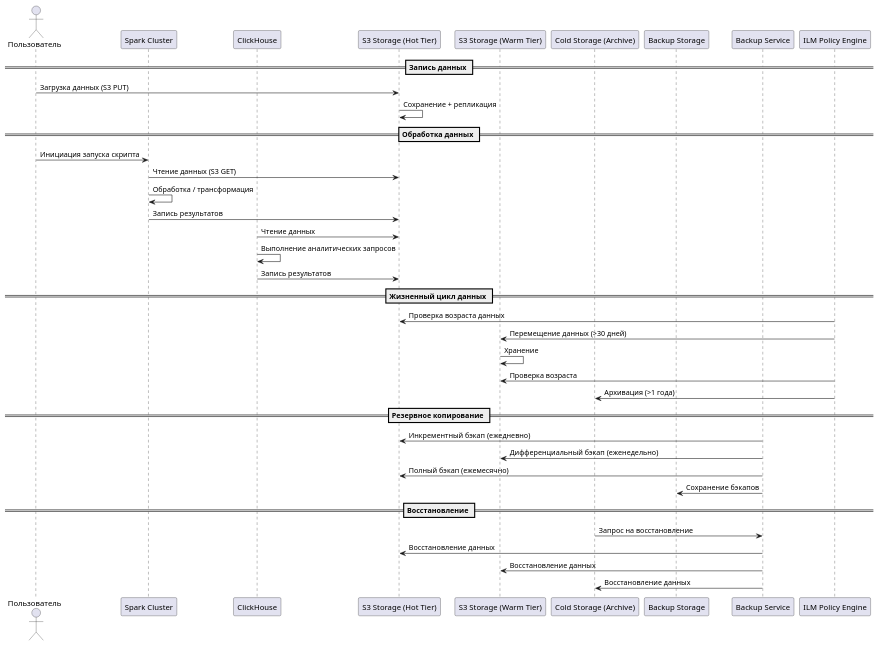
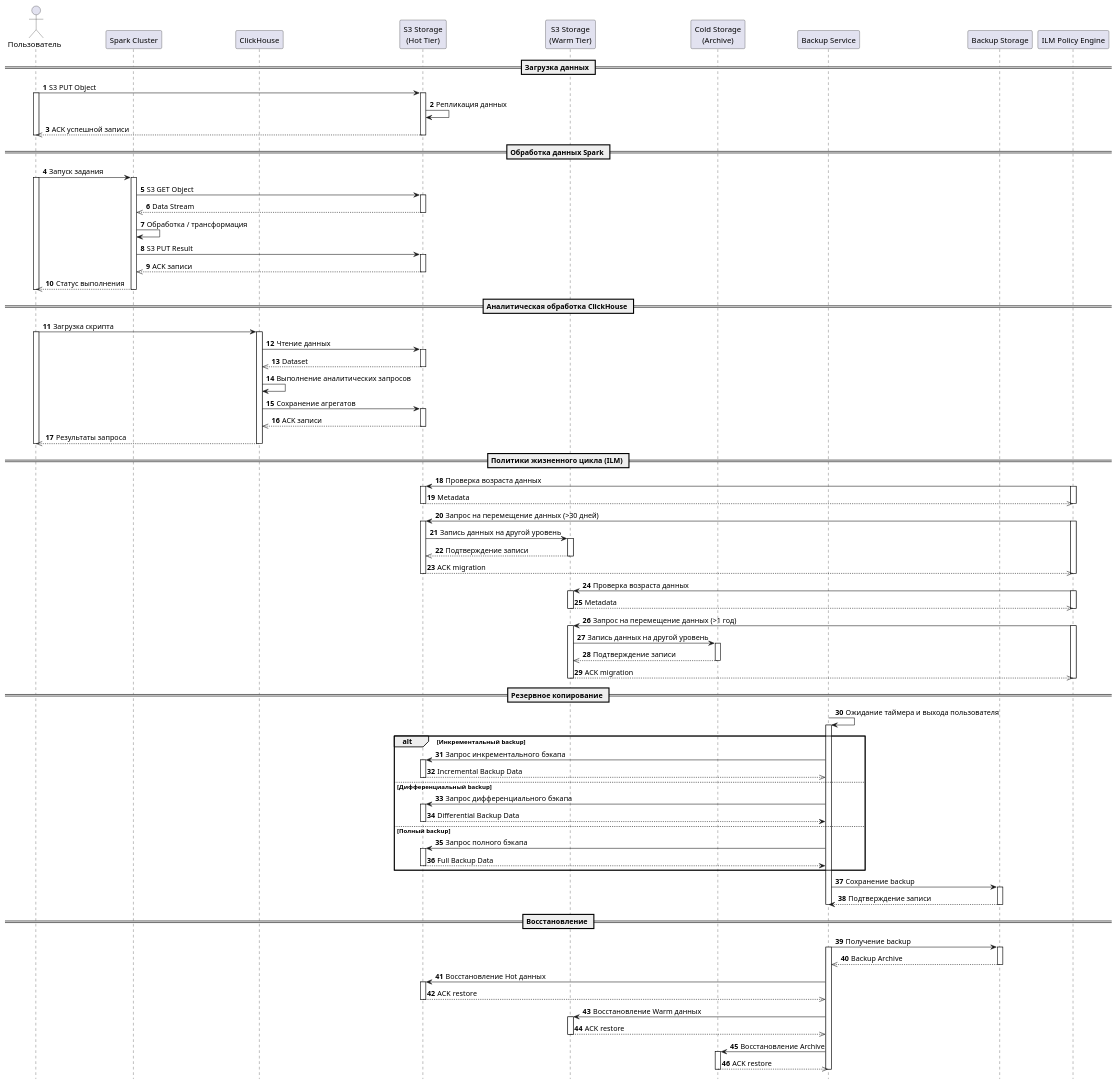
Before and after one commit to Vovik48rus/Data-storage-systems-6-semester-Mirea-: the diagram in ПР3/README.wsd, drawn with PlantUML. The commit also changed 3 other files, not shown here.

```diff
--- a/ПР3/README.wsd
+++ b/ПР3/README.wsd
@@ -1,47 +1,162 @@
 @startuml
+autonumber
+hide footbox
+
 actor "Пользователь" as User
+
 participant "Spark Cluster" as Spark
 participant "ClickHouse" as CH
-participant "S3 Storage (Hot Tier)" as Hot
-participant "S3 Storage (Warm Tier)" as Warm
-participant "Cold Storage (Archive)" as Cold
+
+participant "S3 Storage\n(Hot Tier)" as Hot
+participant "S3 Storage\n(Warm Tier)" as Warm
+participant "Cold Storage\n(Archive)" as Cold
+
+participant "Backup Service" as BackupService
 participant "Backup Storage" as Backup
-participant "Backup Service" as BackupSer
+
 participant "ILM Policy Engine" as ILM
 
-== Запись данных ==
-User -> Hot: Загрузка данных (S3 PUT)
-Hot -> Hot: Сохранение + репликация
+== Загрузка данных ==
 
-== Обработка данных ==
-User -> Spark: Инициация запуска скрипта
-Spark -> Hot: Чтение данных (S3 GET)
-Spark -> Spark: Обработка / трансформация
-Spark -> Hot: Запись результатов
+User -> Hot : S3 PUT Object
+activate User
+activate Hot
+Hot -> Hot : Репликация данных
+Hot -->> User : ACK успешной записи
+deactivate Hot
+deactivate User
 
-CH -> Hot: Чтение данных
-CH -> CH: Выполнение аналитических запросов
-CH -> Hot: Запись результатов
+== Обработка данных Spark ==
 
-== Жизненный цикл данных ==
-ILM -> Hot: Проверка возраста данных
-ILM -> Warm: Перемещение данных (>30 дней)
-Warm -> Warm: Хранение
+User -> Spark : Запуск задания
+activate User
+activate Spark
 
-ILM -> Warm: Проверка возраста
-ILM -> Cold: Архивация (>1 года)
+Spark -> Hot : S3 GET Object
+activate Hot
+Hot -->> Spark : Data Stream
+deactivate Hot
+
+Spark -> Spark : Обработка / трансформация
+
+Spark -> Hot : S3 PUT Result
+activate Hot
+Hot -->> Spark : ACK записи
+deactivate Hot
+
+Spark -->> User : Статус выполнения
+deactivate Spark
+deactivate User
+
+== Аналитическая обработка ClickHouse ==
+
+User -> CH : Загрузка скрипта
+activate User
+activate CH
+CH -> Hot : Чтение данных
+activate Hot
+Hot -->> CH : Dataset
+deactivate Hot
+
+CH -> CH : Выполнение аналитических запросов
+
+CH -> Hot : Сохранение агрегатов
+activate Hot
+Hot -->> CH : ACK записи
+deactivate Hot
+
+CH -->> User : Результаты запроса
+deactivate CH
+deactivate User
+
+== Политики жизненного цикла (ILM) ==
+
+ILM -> Hot : Проверка возраста данных
+activate ILM
+activate Hot
+Hot -->> ILM : Metadata
+deactivate Hot
+deactivate ILM
+
+ILM -> Hot : Запрос на перемещение данных (>30 дней)
+activate ILM
+activate Hot
+Hot -> Warm : Запись данных на другой уровень
+activate Warm
+Warm -->> Hot : Подтверждение записи
+deactivate Warm
+Hot -->> ILM : ACK migration
+deactivate Hot
+deactivate ILM
+
+ILM -> Warm : Проверка возраста данных
+activate ILM
+activate Warm
+Warm -->> ILM : Metadata
+deactivate Warm
+deactivate ILM
+
+ILM -> Warm : Запрос на перемещение данных (>1 год)
+activate ILM
+activate Warm
+Warm -> Cold : Запись данных на другой уровень
+activate Cold
+Cold -->> Warm : Подтверждение записи
+deactivate Cold
+Warm -->> ILM : ACK migration
+deactivate Warm
+deactivate ILM
 
 == Резервное копирование ==
-BackupSer -> Hot: Инкрементный бэкап (ежедневно)
-BackupSer -> Warm: Дифференциальный бэкап (еженедельно)
-BackupSer -> Hot: Полный бэкап (ежемесячно)
 
-BackupSer -> Backup: Сохранение бэкапов
+BackupService -> BackupService : Ожидание таймера и выхода пользователя
+activate BackupService
+
+alt Инкрементальный backup
+    BackupService -> Hot : Запрос инкрементального бэкапа
+    activate Hot
+    Hot -->> BackupService : Incremental Backup Data
+    deactivate Hot
+else Дифференциальный backup
+    BackupService -> Hot : Запрос дифференциального бэкапа
+    activate Hot
+    Hot --> BackupService : Differential Backup Data
+    deactivate Hot
+else Полный backup
+    BackupService -> Hot : Запрос полного бэкапа
+    activate Hot
+    Hot --> BackupService : Full Backup Data
+    deactivate Hot
+end
+
+BackupService -> Backup : Сохранение backup
+activate Backup
+Backup --> BackupService : Подтверждение записи
+deactivate Backup
+deactivate BackupService
 
 == Восстановление ==
-Cold -> BackupSer: Запрос на восстановление
-BackupSer -> Hot: Восстановление данных
-BackupSer -> Warm: Восстановление данных
-BackupSer -> Cold: Восстановление данных
+
+BackupService -> Backup : Получение backup
+activate BackupService
+activate Backup
+Backup -->> BackupService : Backup Archive
+deactivate Backup
+
+BackupService -> Hot : Восстановление Hot данных
+activate Hot
+Hot -->> BackupService : ACK restore
+deactivate Hot
+
+BackupService -> Warm : Восстановление Warm данных
+activate Warm
+Warm -->> BackupService : ACK restore
+deactivate Warm
+
+BackupService -> Cold : Восстановление Archive
+activate Cold
+Cold -->> BackupService : ACK restore
+deactivate Cold
+deactivate BackupService
 
 @enduml
```
